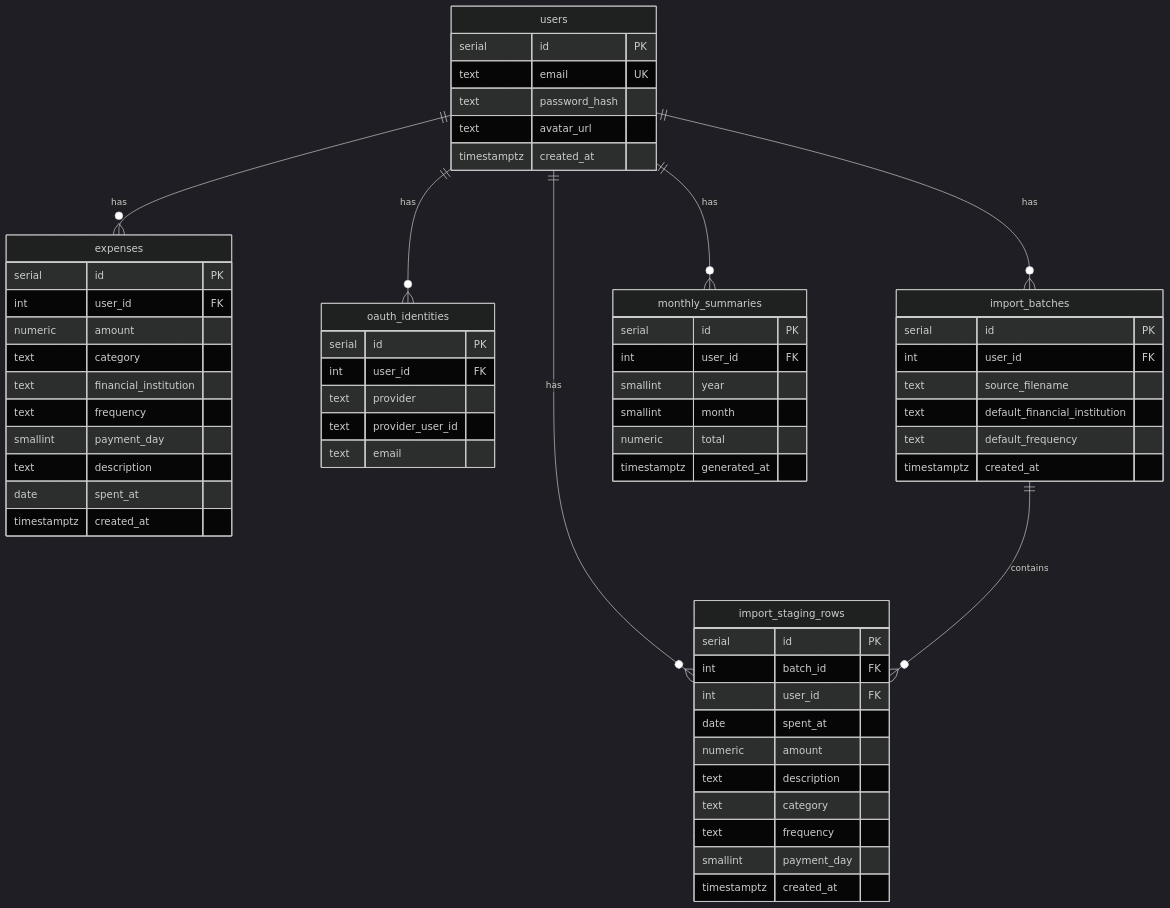
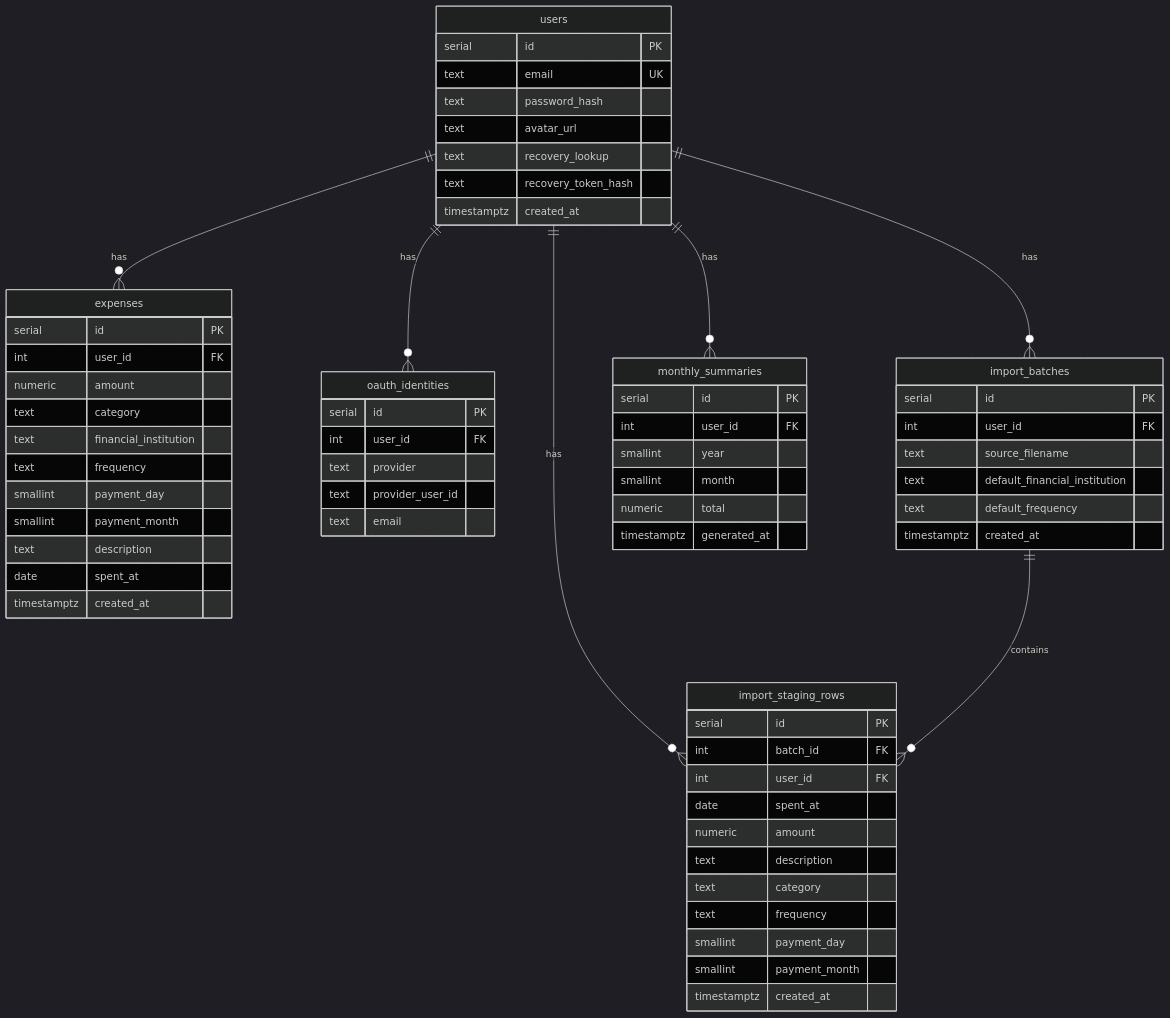
Before and after one commit to becomeonewiththecode/expense_tracker: the eighth of 10 diagrams in docs/ARCHITECTURE_DIAGRAM.md, drawn with Mermaid (dark theme). The commit also changed other lines of this file and 34 other files, not shown here.

````diff
--- a/docs/ARCHITECTURE_DIAGRAM.md
+++ b/docs/ARCHITECTURE_DIAGRAM.md
@@ -264,69 +270,73 @@
 ```mermaid
 erDiagram
   users ||--o{ expenses : has
   users ||--o{ oauth_identities : has
   users ||--o{ import_batches : has
   users ||--o{ import_staging_rows : has
   users ||--o{ monthly_summaries : has
   import_batches ||--o{ import_staging_rows : contains
 
   users {
     serial id PK
     text email UK
     text password_hash
     text avatar_url
+    text recovery_lookup
+    text recovery_token_hash
     timestamptz created_at
   }
 
   oauth_identities {
     serial id PK
     int user_id FK
     text provider
     text provider_user_id
     text email
   }
 
   expenses {
     serial id PK
     int user_id FK
     numeric amount
     text category
     text financial_institution
     text frequency
     smallint payment_day
+    smallint payment_month
     text description
     date spent_at
     timestamptz created_at
   }
 
   import_batches {
     serial id PK
     int user_id FK
     text source_filename
     text default_financial_institution
     text default_frequency
     timestamptz created_at
   }
 
   import_staging_rows {
     serial id PK
     int batch_id FK
     int user_id FK
     date spent_at
     numeric amount
     text description
     text category
     text frequency
     smallint payment_day
+    smallint payment_month
     timestamptz created_at
   }
 
   monthly_summaries {
     serial id PK
     int user_id FK
     smallint year
     smallint month
     numeric total
     timestamptz generated_at
   }
 ```
````
